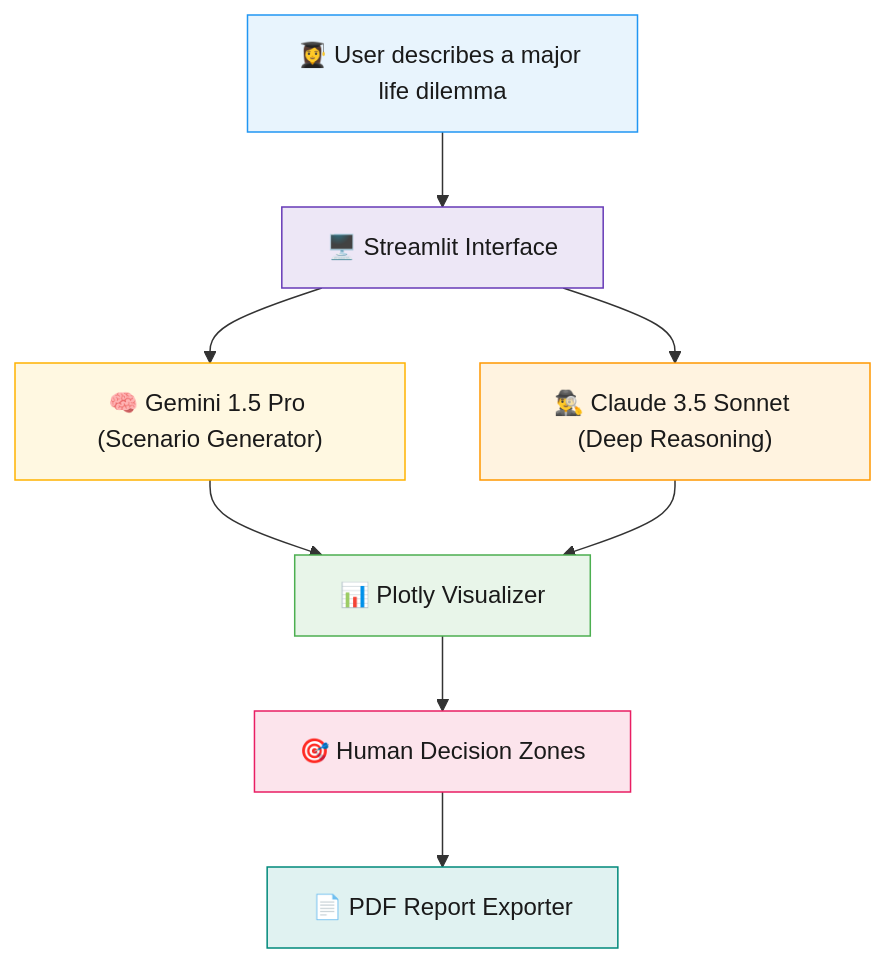
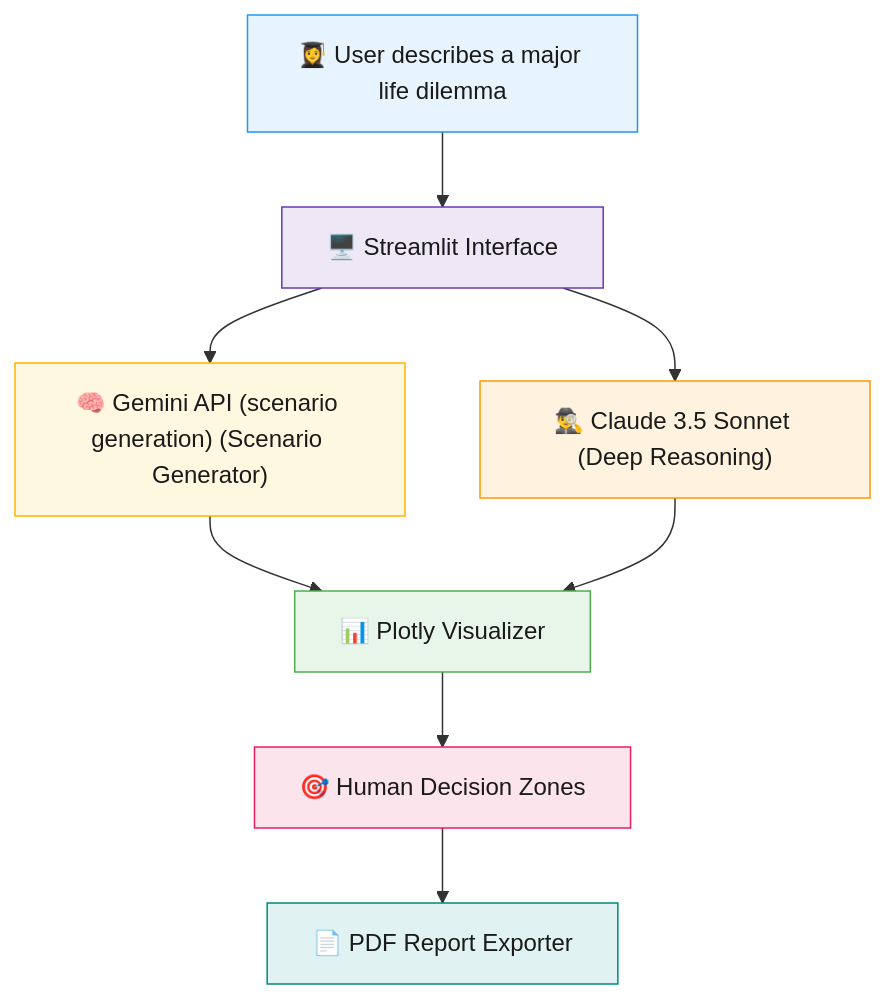
Before and after one commit to disha516/LifeLens-AI: the diagram in README.md, drawn with Mermaid. The commit also changed other lines of this file, not shown here.

````diff
--- a/README.md
+++ b/README.md
@@ -28,26 +28,26 @@
 ```mermaid
 graph TD
     A["👩‍🎓 User describes a major life dilemma"]
     B["🖥️ Streamlit Interface"]
-    C["🧠 Gemini 1.5 Pro (Scenario Generator)"]
+    C["🧠 Gemini API (scenario generation) (Scenario Generator)"]
     D["🕵️‍♂️ Claude 3.5 Sonnet (Deep Reasoning)"]
     E["📊 Plotly Visualizer"]
     F["🎯 Human Decision Zones"]
     G["📄 PDF Report Exporter"]
 
     A --> B
     B --> C
     B --> D
     C --> E
     D --> E
     E --> F
     F --> G
 
     style A fill:#e8f4fd,stroke:#2196f3,color:#1a1a1a
     style B fill:#ede7f6,stroke:#673ab7,color:#1a1a1a
     style C fill:#fff8e1,stroke:#ffb300,color:#1a1a1a
     style D fill:#fff3e0,stroke:#ff9800,color:#1a1a1a
     style E fill:#e8f5e9,stroke:#4caf50,color:#1a1a1a
     style F fill:#fce4ec,stroke:#e91e63,color:#1a1a1a
     style G fill:#e0f2f1,stroke:#00897b,color:#1a1a1a
 ```
````
